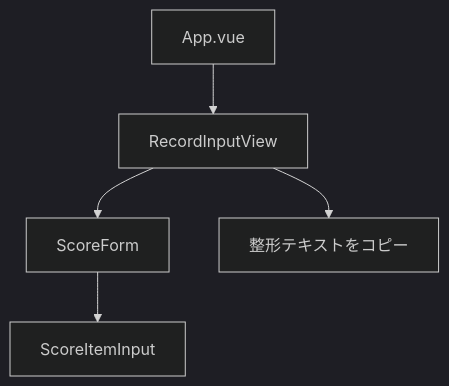
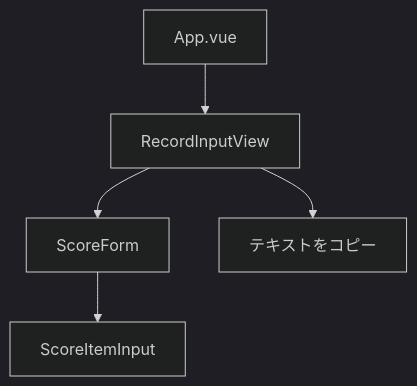
One commit to HaraRyonosuke/condition-tracker changed the third of 4 diagrams in docs/design.md. Above: the diagram before and after it, drawn with Mermaid (dark theme). The commit also changed other lines of this file and 3 other files, not shown here.

````diff
--- a/docs/design.md
+++ b/docs/design.md
@@ -148,8 +150,8 @@
 ```mermaid
 graph TD
     App[App.vue]
     App --> Input[RecordInputView]
     Input --> ScoreForm[ScoreForm]
     ScoreForm --> ScoreItem[ScoreItemInput]
-    Input --> CopyAction[整形テキストをコピー]
+    Input --> CopyAction[テキストをコピー]
 ```
````
